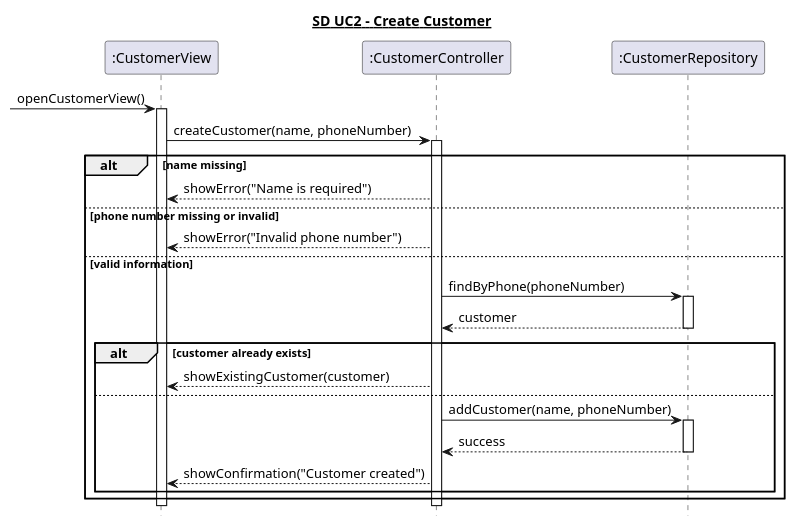
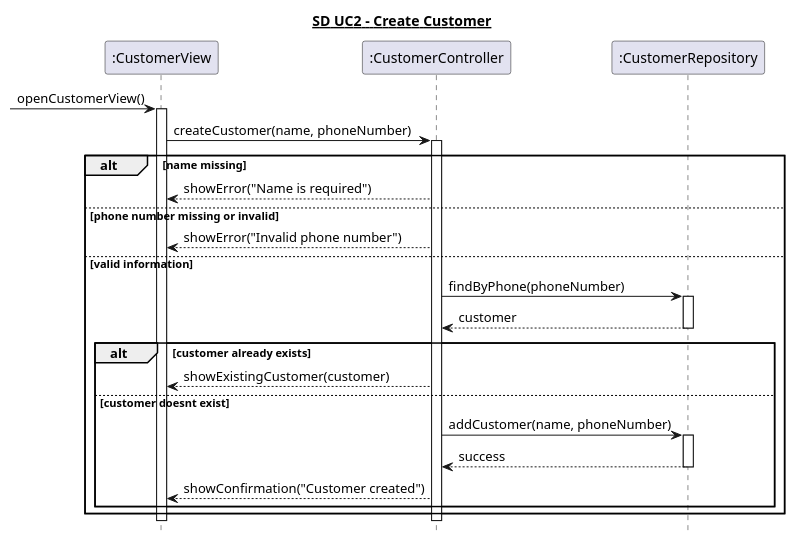
Before and after one commit to Zoabz/Getting-Real: the diagram in 6. Sekvensdiagrammer/UC2_opret_kunde.puml, drawn with PlantUML. The commit also changed 15 other files, not shown here.

```diff
--- a/6. Sekvensdiagrammer/UC2_opret_kunde.puml
+++ b/6. Sekvensdiagrammer/UC2_opret_kunde.puml
@@ -1,43 +1,43 @@
 @startuml
 hide footbox
 title <U>SD UC2 - Create Customer
 
 participant ":CustomerView" as View
 participant ":CustomerController" as Controller
 participant ":CustomerRepository" as Repository
 
 [-> View : openCustomerView()
 activate View
 
 View -> Controller : createCustomer(name, phoneNumber)
 activate Controller
 
 alt name missing
     Controller --> View : showError("Name is required")
 
 else phone number missing or invalid
     Controller --> View : showError("Invalid phone number")
 
 else valid information
     Controller -> Repository : findByPhone(phoneNumber)
     activate Repository
     Repository --> Controller : customer
     deactivate Repository
 
     alt customer already exists
         Controller --> View : showExistingCustomer(customer)
 
-    else 
+    else customer doesnt exist
         Controller -> Repository : addCustomer(name, phoneNumber)
         activate Repository
         Repository --> Controller : success
         deactivate Repository
 
         Controller --> View : showConfirmation("Customer created")
     end
 end
 
 deactivate Controller
 deactivate View
 
 @enduml
```
